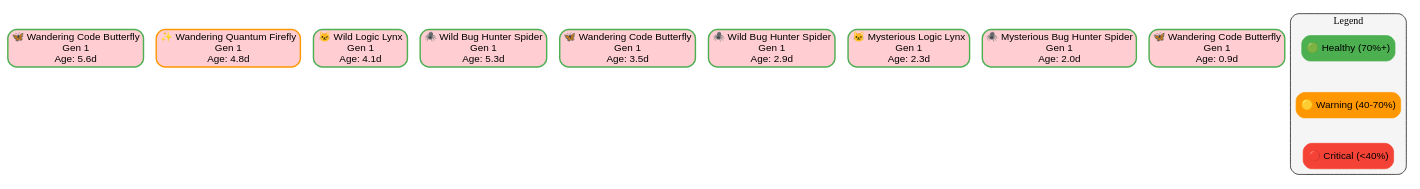
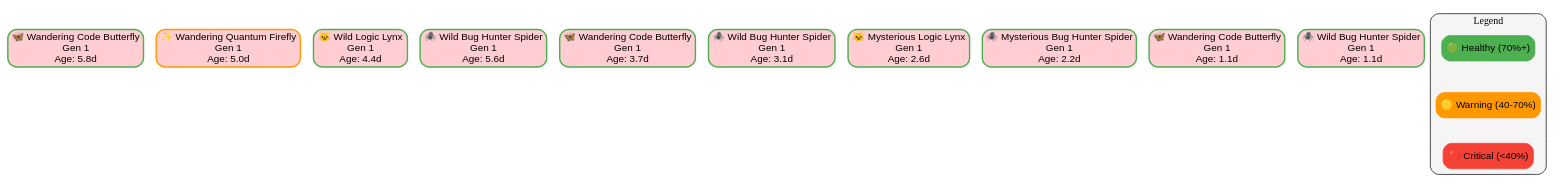
Before and after one commit to batmac/digital-ecosystem: the diagram in .ecosystem/visualizations/family_tree.dot, drawn with Graphviz. The commit also changed 7 other files, not shown here.

```diff
--- a/.ecosystem/visualizations/family_tree.dot
+++ b/.ecosystem/visualizations/family_tree.dot
@@ -1,86 +1,93 @@
 
 digraph EcosystemFamilyTree {
     rankdir=TB;
     node [shape=box, style="rounded,filled", fontname="Arial"];
     edge [fontname="Arial"];
     
     // Style pour différentes générations
     node [fillcolor="#E3F2FD"];
 
         "code_butterfly_1753392858_5357" [
-            label="🦋 Wandering Code Butterfly\nGen 1\nAge: 5.6d",
+            label="🦋 Wandering Code Butterfly\nGen 1\nAge: 5.8d",
             fillcolor="#FFCDD2",
             color="#4CAF50",
             penwidth=2
         ];
     
         "quantum_firefly_1753393678_6656" [
-            label="✨ Wandering Quantum Firefly\nGen 1\nAge: 4.8d",
+            label="✨ Wandering Quantum Firefly\nGen 1\nAge: 5.0d",
             fillcolor="#FFCDD2",
             color="#FF9800",
             penwidth=2
         ];
     
         "logic_lynx_1753394863_7694" [
-            label="🐱 Wild Logic Lynx\nGen 1\nAge: 4.1d",
+            label="🐱 Wild Logic Lynx\nGen 1\nAge: 4.4d",
             fillcolor="#FFCDD2",
             color="#4CAF50",
             penwidth=2
         ];
     
         "bug_hunter_spider_1753395214_1998" [
-            label="🕷️ Wild Bug Hunter Spider\nGen 1\nAge: 5.3d",
+            label="🕷️ Wild Bug Hunter Spider\nGen 1\nAge: 5.6d",
             fillcolor="#FFCDD2",
             color="#4CAF50",
             penwidth=2
         ];
     
         "code_butterfly_1753397153_5909" [
-            label="🦋 Wandering Code Butterfly\nGen 1\nAge: 3.5d",
+            label="🦋 Wandering Code Butterfly\nGen 1\nAge: 3.7d",
             fillcolor="#FFCDD2",
             color="#4CAF50",
             penwidth=2
         ];
     
         "bug_hunter_spider_1753401059_2910" [
-            label="🕷️ Wild Bug Hunter Spider\nGen 1\nAge: 2.9d",
+            label="🕷️ Wild Bug Hunter Spider\nGen 1\nAge: 3.1d",
             fillcolor="#FFCDD2",
             color="#4CAF50",
             penwidth=2
         ];
     
         "logic_lynx_1753403721_9188" [
-            label="🐱 Mysterious Logic Lynx\nGen 1\nAge: 2.3d",
+            label="🐱 Mysterious Logic Lynx\nGen 1\nAge: 2.6d",
             fillcolor="#FFCDD2",
             color="#4CAF50",
             penwidth=2
         ];
     
         "bug_hunter_spider_1753404040_5672" [
-            label="🕷️ Mysterious Bug Hunter Spider\nGen 1\nAge: 2.0d",
+            label="🕷️ Mysterious Bug Hunter Spider\nGen 1\nAge: 2.2d",
             fillcolor="#FFCDD2",
             color="#4CAF50",
             penwidth=2
         ];
     
         "code_butterfly_1753404111_1732" [
-            label="🦋 Wandering Code Butterfly\nGen 1\nAge: 0.9d",
+            label="🦋 Wandering Code Butterfly\nGen 1\nAge: 1.1d",
+            fillcolor="#FFCDD2",
+            color="#4CAF50",
+            penwidth=2
+        ];
+    
+        "bug_hunter_spider_1753417286_4988" [
+            label="🕷️ Wild Bug Hunter Spider\nGen 1\nAge: 1.1d",
             fillcolor="#FFCDD2",
             color="#4CAF50",
             penwidth=2
         ];
     
     
     // Légende
     subgraph cluster_legend {
         label="Legend";
         style="rounded,filled";
         fillcolor="#F5F5F5";
         
         legend1 [label="🟢 Healthy (70%+)", fillcolor="#4CAF50", color="#4CAF50"];
         legend2 [label="🟡 Warning (40-70%)", fillcolor="#FF9800", color="#FF9800"];
         legend3 [label="🔴 Critical (<40%)", fillcolor="#F44336", color="#F44336"];
         
         legend1 -> legend2 -> legend3 [style=invis];
     }
 }
```
